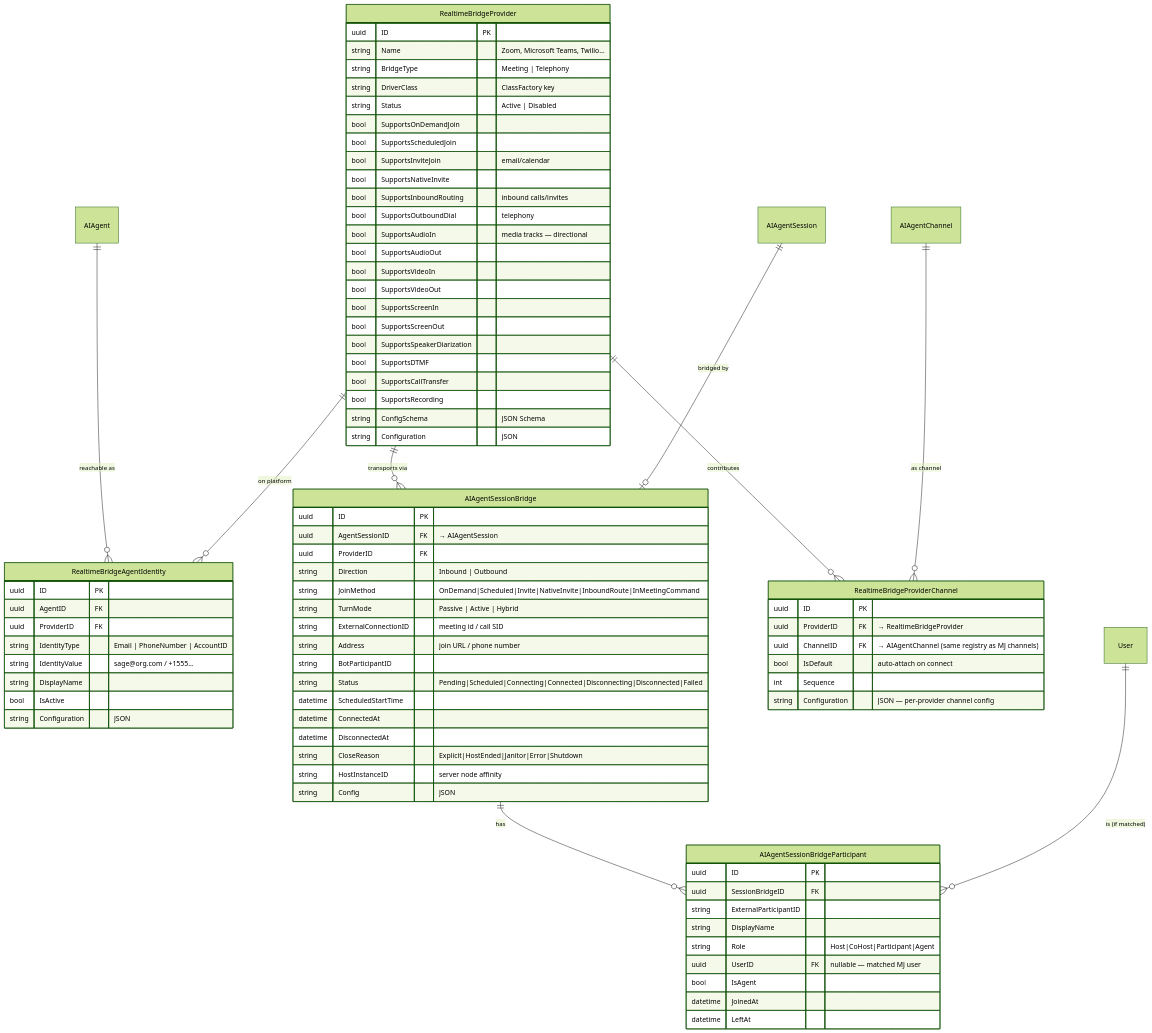
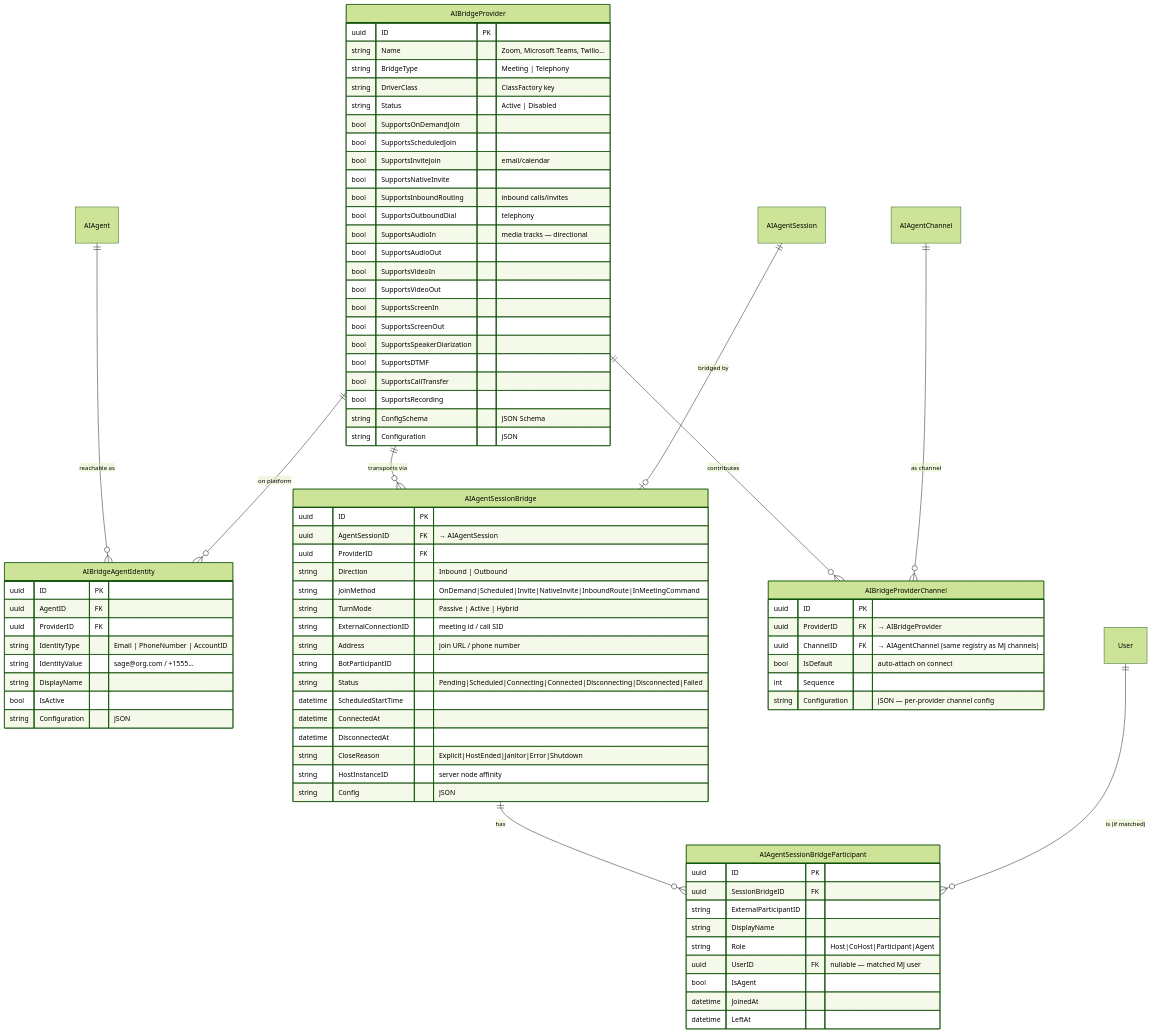
One commit to MemberJunction/MJ changed the fourth of 11 diagrams in plans/realtime/realtime-bridges-architecture.md. Above: the diagram before and after it, drawn with Mermaid (forest theme). The commit also changed other lines of this file and 1 other file, not shown here.

First line of the commit message:
refactor(realtime-bridges): table + engine names use the AI family prefix

````diff
--- a/plans/realtime/realtime-bridges-architecture.md
+++ b/plans/realtime/realtime-bridges-architecture.md
@@ -202,15 +202,15 @@
 ```mermaid
 erDiagram
-    AIAgent ||--o{ RealtimeBridgeAgentIdentity : "reachable as"
-    RealtimeBridgeProvider ||--o{ RealtimeBridgeAgentIdentity : "on platform"
-    RealtimeBridgeProvider ||--o{ AIAgentSessionBridge : "transports via"
-    RealtimeBridgeProvider ||--o{ RealtimeBridgeProviderChannel : "contributes"
-    AIAgentChannel ||--o{ RealtimeBridgeProviderChannel : "as channel"
+    AIAgent ||--o{ AIBridgeAgentIdentity : "reachable as"
+    AIBridgeProvider ||--o{ AIBridgeAgentIdentity : "on platform"
+    AIBridgeProvider ||--o{ AIAgentSessionBridge : "transports via"
+    AIBridgeProvider ||--o{ AIBridgeProviderChannel : "contributes"
+    AIAgentChannel ||--o{ AIBridgeProviderChannel : "as channel"
     AIAgentSession ||--o| AIAgentSessionBridge : "bridged by"
     AIAgentSessionBridge ||--o{ AIAgentSessionBridgeParticipant : "has"
     User ||--o{ AIAgentSessionBridgeParticipant : "is (if matched)"
 
-    RealtimeBridgeProvider {
+    AIBridgeProvider {
         uuid ID PK
         string Name "Zoom, Microsoft Teams, Twilio…"
         string BridgeType "Meeting | Telephony"
@@ -235,7 +235,7 @@
         string ConfigSchema "JSON Schema"
         string Configuration "JSON"
     }
-    RealtimeBridgeAgentIdentity {
+    AIBridgeAgentIdentity {
         uuid ID PK
         uuid AgentID FK
         uuid ProviderID FK
@@ -245,9 +245,9 @@
         bool IsActive
         string Configuration "JSON"
     }
-    RealtimeBridgeProviderChannel {
+    AIBridgeProviderChannel {
         uuid ID PK
-        uuid ProviderID FK "→ RealtimeBridgeProvider"
+        uuid ProviderID FK "→ AIBridgeProvider"
         uuid ChannelID FK "→ AIAgentChannel (same registry as MJ channels)"
         bool IsDefault "auto-attach on connect"
         int Sequence
````
